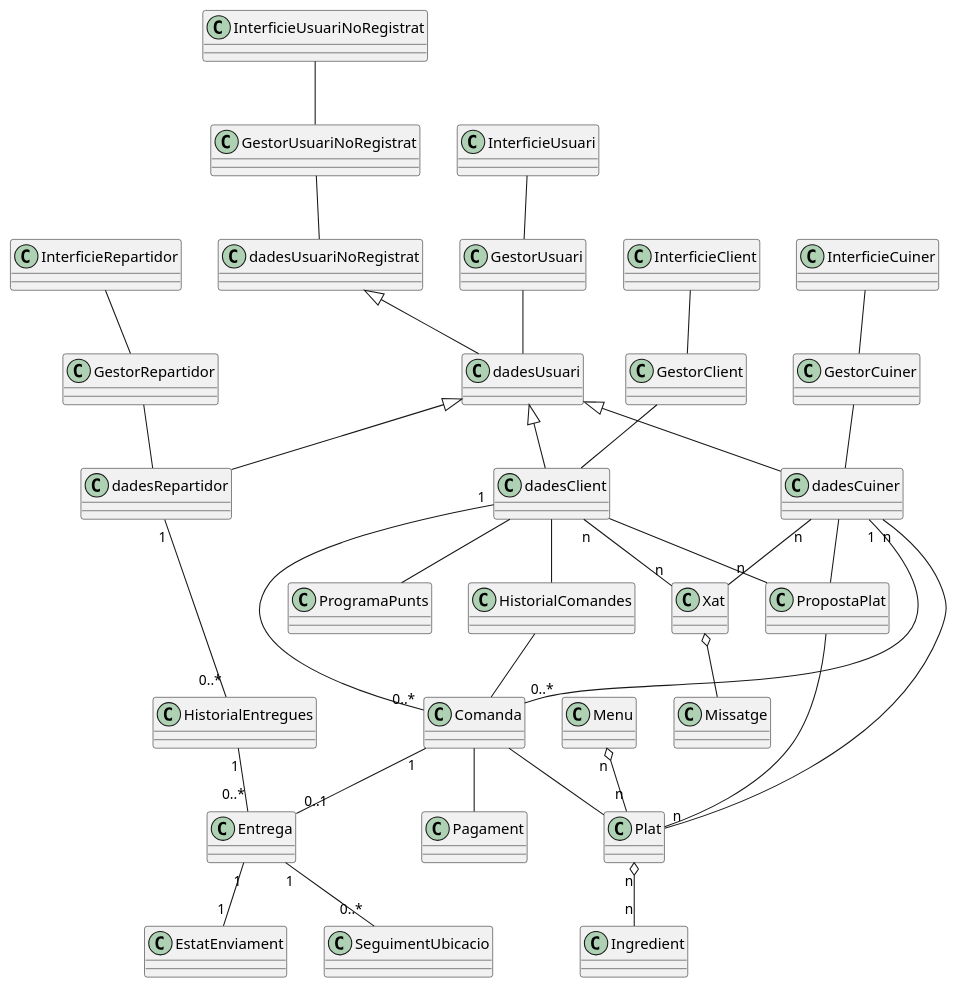
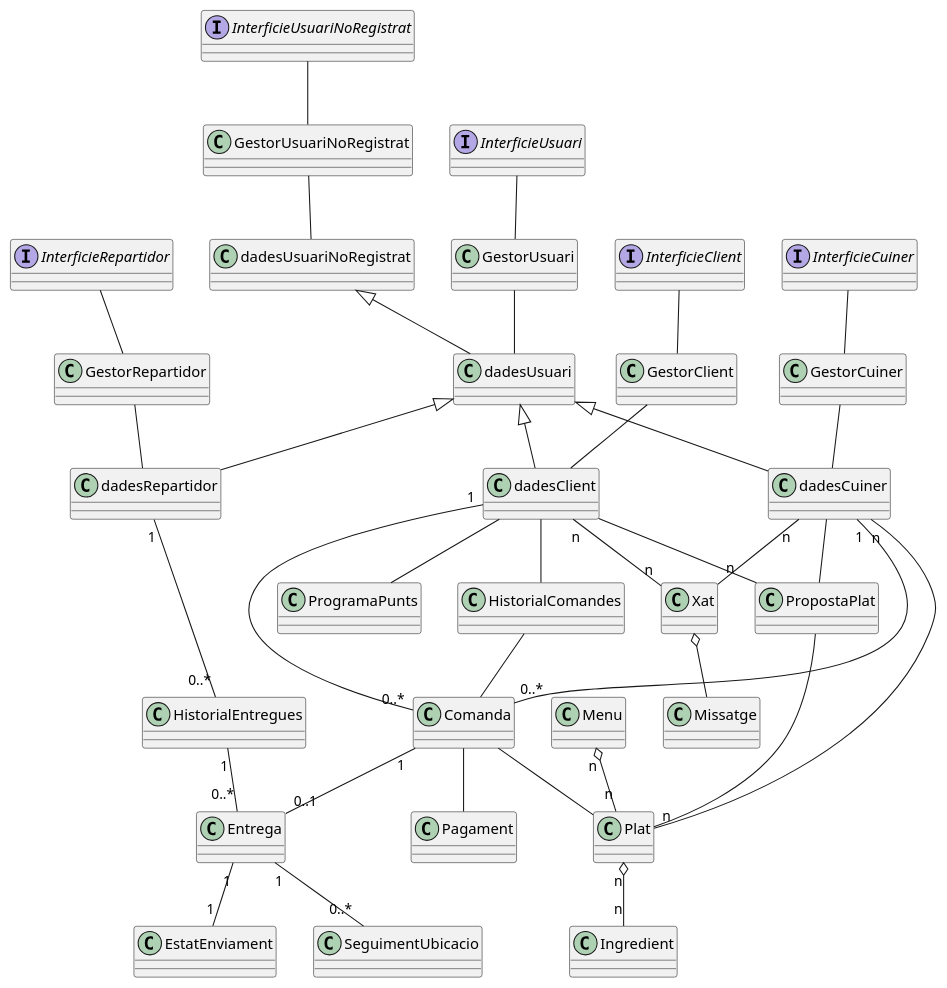
The diagram in others/sprint3/plantuml/general.puml (AndresVT24/ES23UAB-411-5), drawn with PlantUML before and after one commit.

Commit message:
interficie

```diff
--- a/others/sprint3/plantuml/general.puml
+++ b/others/sprint3/plantuml/general.puml
@@ -1,93 +1,93 @@
 @startuml
 
 class dadesUsuariNoRegistrat
 class dadesUsuari
 class dadesClient
 class dadesCuiner
 class dadesRepartidor
 
 class HistorialComandes
 class ProgramaPunts
 class Comanda
 class PropostaPlat
 class Menu
 class Xat
 class Pagament
 class Entrega
 class Plat
 class Missatge
 class Ingredient
 
 class GestorClient
 class GestorCuiner
 class GestorRepartidor
 class GestorUsuari
 class GestorUsuariNoRegistrat
 
-class InterficieClient
-class InterficieCuiner
-class InterficieRepartidor
-class InterficieUsuari
-class InterficieUsuariNoRegistrat
+interface InterficieClient
+interface InterficieCuiner
+interface InterficieRepartidor
+interface InterficieUsuari
+interface InterficieUsuariNoRegistrat
 
 class HistorialEntregues
 class SeguimentUbicacio
 class EstatEnviament
 
 ' Herencia de usuarios
 dadesUsuariNoRegistrat <|-- dadesUsuari
 dadesUsuari <|-- dadesClient
 dadesUsuari <|-- dadesCuiner
 dadesUsuari <|-- dadesRepartidor
 
 ' Cliente
 dadesClient -- HistorialComandes
 dadesClient -- ProgramaPunts
 dadesClient -- PropostaPlat
 dadesClient "1" -- "0..*" Comanda
 dadesClient "n" -- "n" Xat
 
 HistorialComandes -- Comanda
 
 ' Cuiner
 dadesCuiner -- PropostaPlat
 dadesCuiner "1" -- "0..*" Comanda
 dadesCuiner "n" -- "n" Plat
 dadesCuiner "n" -- "n" Xat
 
 ' Comanda
 Comanda -- Pagament
 Comanda "1" -- "0..1" Entrega
 Comanda -- Plat
 
 ' Plat / Menu / Ingredients
 PropostaPlat -- Plat
 Menu "n" o-- "n" Plat
 Plat "n" o-- "n" Ingredient
 
 ' Xat
 Xat o-- Missatge
 
 ' Repartidor / Entregues
 dadesRepartidor "1" -- "0..*" HistorialEntregues
 
 HistorialEntregues "1" -- "0..*" Entrega
 
 Entrega "1" -- "0..*" SeguimentUbicacio
 Entrega "1" -- "1" EstatEnviament
 
 ' Gestor
 GestorClient -- dadesClient
 GestorCuiner -- dadesCuiner
 GestorRepartidor -- dadesRepartidor
 GestorUsuari -- dadesUsuari
 GestorUsuariNoRegistrat -- dadesUsuariNoRegistrat
 
 ' Interficie
 InterficieClient -- GestorClient
 InterficieCuiner -- GestorCuiner
 InterficieRepartidor -- GestorRepartidor
 InterficieUsuari -- GestorUsuari
 InterficieUsuariNoRegistrat -- GestorUsuariNoRegistrat
 
 @enduml
```
